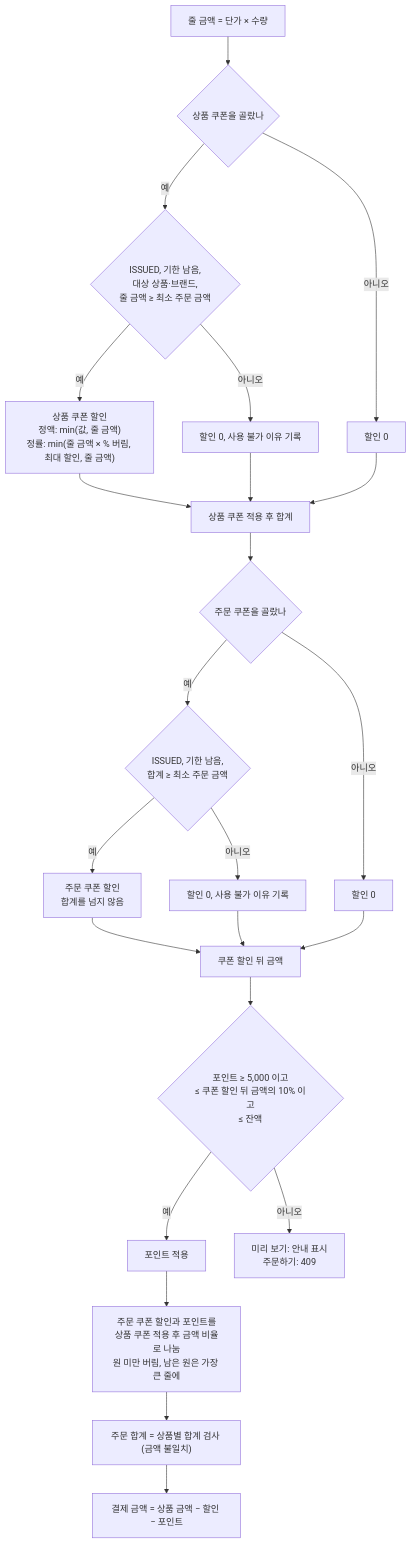
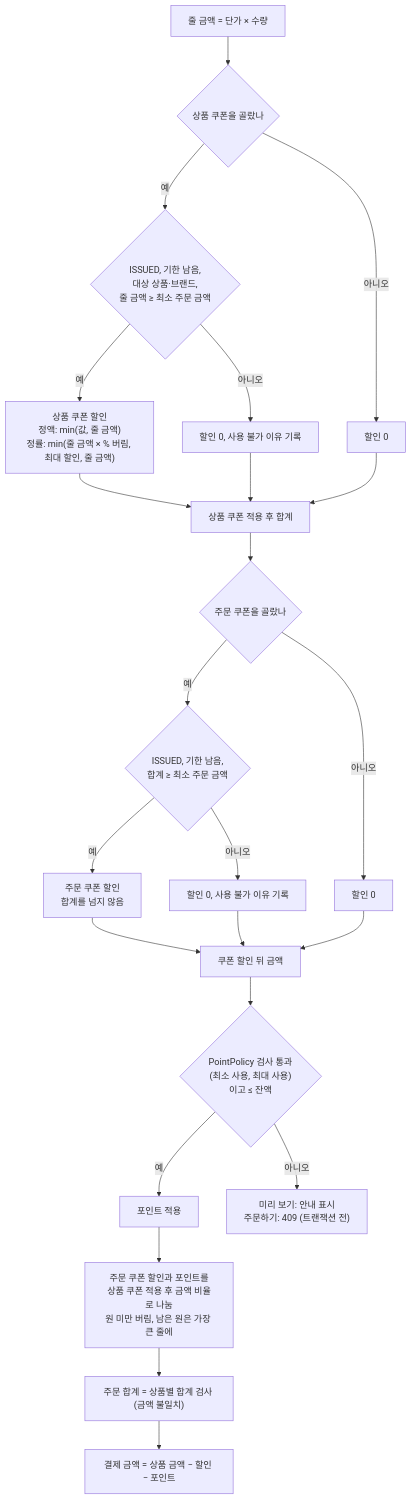
The second of 9 diagrams in docs/features/order/flows.md (KAPUIST/flash-gate), drawn with Mermaid before and after one commit. The commit also changed other lines of this file and 25 other files, not shown here.

````diff
--- a/docs/features/order/flows.md
+++ b/docs/features/order/flows.md
@@ -47,25 +56,25 @@
 ```mermaid
 flowchart TD
     start["줄 금액 = 단가 × 수량"] --> pc{"상품 쿠폰을 골랐나"}
     pc -- "예" --> pcOk{"ISSUED, 기한 남음,<br/>대상 상품·브랜드,<br/>줄 금액 ≥ 최소 주문 금액"}
     pcOk -- "예" --> pcApply["상품 쿠폰 할인<br/>정액: min(값, 줄 금액)<br/>정률: min(줄 금액 × % 버림, 최대 할인, 줄 금액)"]
     pcOk -- "아니오" --> pcSkip["할인 0, 사용 불가 이유 기록"]
     pc -- "아니오" --> pcSkip0["할인 0"]
     pcApply --> sum1["상품 쿠폰 적용 후 합계"]
     pcSkip --> sum1
     pcSkip0 --> sum1
     sum1 --> oc{"주문 쿠폰을 골랐나"}
     oc -- "예" --> ocOk{"ISSUED, 기한 남음,<br/>합계 ≥ 최소 주문 금액"}
     ocOk -- "예" --> ocApply["주문 쿠폰 할인<br/>합계를 넘지 않음"]
     ocOk -- "아니오" --> ocSkip["할인 0, 사용 불가 이유 기록"]
     oc -- "아니오" --> ocSkip0["할인 0"]
     ocApply --> after["쿠폰 할인 뒤 금액"]
     ocSkip --> after
     ocSkip0 --> after
-    after --> pt{"포인트 ≥ 5,000 이고<br/>≤ 쿠폰 할인 뒤 금액의 10% 이고<br/>≤ 잔액"}
+    after --> pt{"PointPolicy 검사 통과<br/>(최소 사용, 최대 사용)<br/>이고 ≤ 잔액"}
     pt -- "예" --> ptApply["포인트 적용"]
-    pt -- "아니오" --> ptReject["미리 보기: 안내 표시<br/>주문하기: 409"]
+    pt -- "아니오" --> ptReject["미리 보기: 안내 표시<br/>주문하기: 409 (트랜잭션 전)"]
     ptApply --> split["주문 쿠폰 할인과 포인트를<br/>상품 쿠폰 적용 후 금액 비율로 나눔<br/>원 미만 버림, 남은 원은 가장 큰 줄에"]
     split --> check["주문 합계 = 상품별 합계 검사 (금액 불일치)"]
     check --> pay["결제 금액 = 상품 금액 − 할인 − 포인트"]
 ```
````
